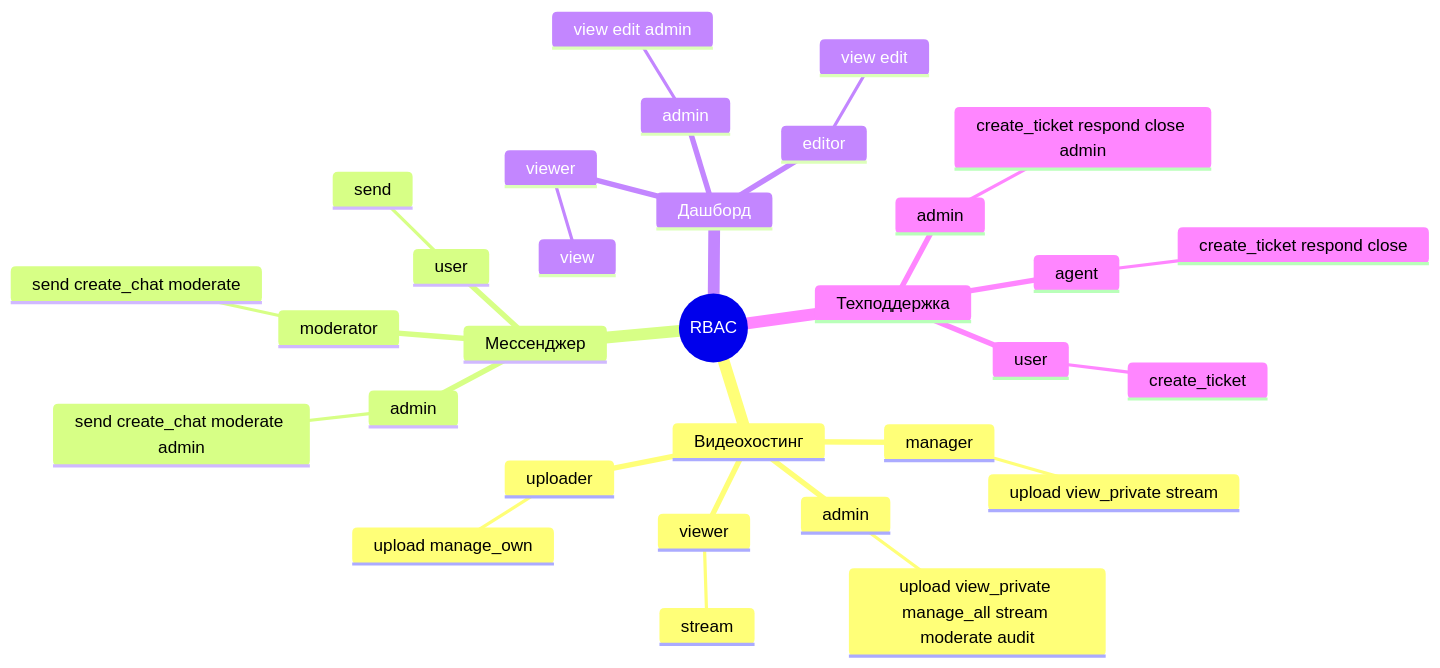
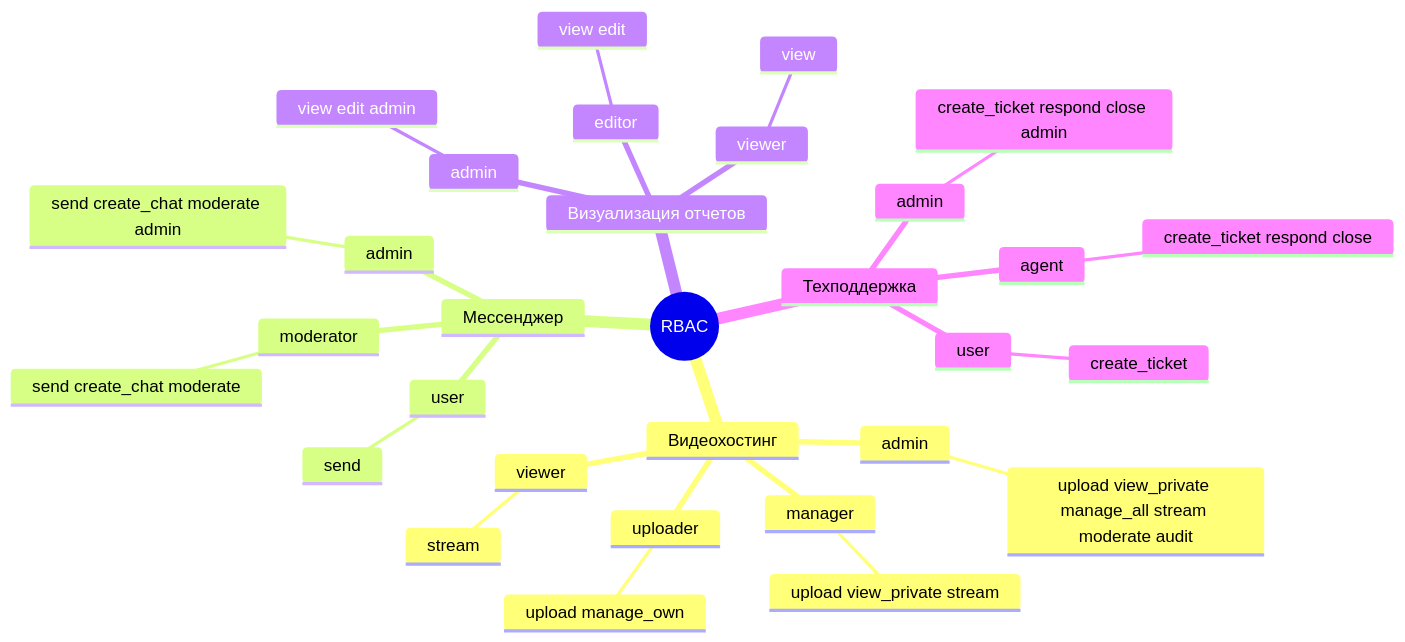
Before and after one commit to LutiyCrocodile/VDep: the seventh of 7 diagrams in docs/AUTH_ROLES_DIAGRAM.md, drawn with Mermaid.

````diff
--- a/docs/AUTH_ROLES_DIAGRAM.md
+++ b/docs/AUTH_ROLES_DIAGRAM.md
@@ -286,34 +286,34 @@
 ```mermaid
 mindmap
   root((RBAC))
     Видеохостинг
       admin
         upload view_private manage_all stream moderate audit
       manager
         upload view_private stream
       uploader
         upload manage_own
       viewer
         stream
     Мессенджер
       admin
         send create_chat moderate admin
       moderator
         send create_chat moderate
       user
         send
-    Дашборд
+    Визуализация отчетов
       admin
         view edit admin
       editor
         view edit
       viewer
         view
     Техподдержка
       admin
         create_ticket respond close admin
       agent
         create_ticket respond close
       user
         create_ticket
 ```
````
